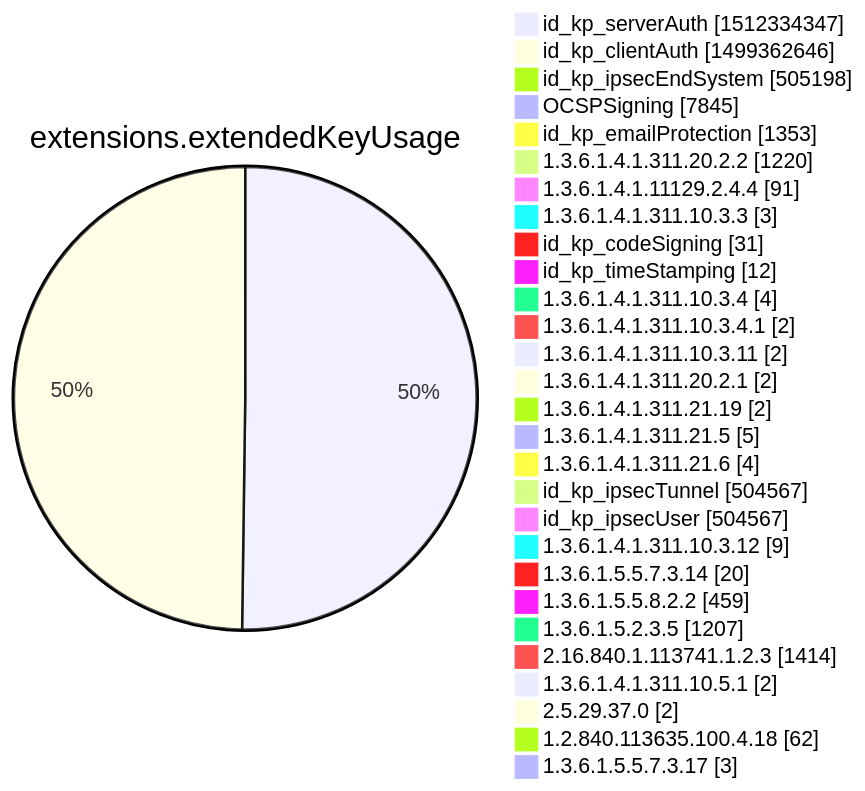
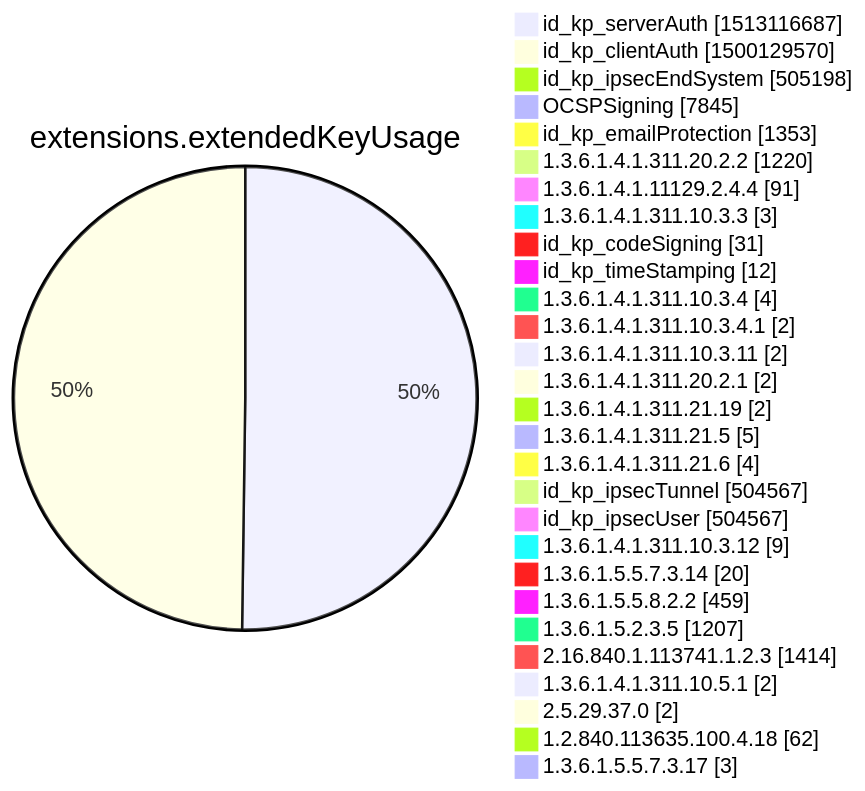
Before and after one commit to christiankrug/ctmonitor_visualization: diagram 12 of 15 in xenon2022/README.md, drawn with Mermaid. The commit also changed other lines of this file, not shown here.

````diff
--- a/xenon2022/README.md
+++ b/xenon2022/README.md
@@ -3877,32 +3877,32 @@
 ```mermaid
 pie showData
 title extensions.extendedKeyUsage
-"id_kp_serverAuth" :1512334347
-"id_kp_clientAuth" :1499362646
+"id_kp_serverAuth" :1513116687
+"id_kp_clientAuth" :1500129570
 "id_kp_ipsecEndSystem" :505198
 "OCSPSigning" :7845
 "id_kp_emailProtection" :1353
 "1.3.6.1.4.1.311.20.2.2" :1220
 "1.3.6.1.4.1.11129.2.4.4" :91
 "1.3.6.1.4.1.311.10.3.3" :3
 "id_kp_codeSigning" :31
 "id_kp_timeStamping" :12
 "1.3.6.1.4.1.311.10.3.4" :4
 "1.3.6.1.4.1.311.10.3.4.1" :2
 "1.3.6.1.4.1.311.10.3.11" :2
 "1.3.6.1.4.1.311.20.2.1" :2
 "1.3.6.1.4.1.311.21.19" :2
 "1.3.6.1.4.1.311.21.5" :5
 "1.3.6.1.4.1.311.21.6" :4
 "id_kp_ipsecTunnel" :504567
 "id_kp_ipsecUser" :504567
 "1.3.6.1.4.1.311.10.3.12" :9
 "1.3.6.1.5.5.7.3.14" :20
 "1.3.6.1.5.5.8.2.2" :459
 "1.3.6.1.5.2.3.5" :1207
 "2.16.840.1.113741.1.2.3" :1414
 "1.3.6.1.4.1.311.10.5.1" :2
 "2.5.29.37.0" :2
 "1.2.840.113635.100.4.18" :62
 "1.3.6.1.5.5.7.3.17" :3
 ```
````
